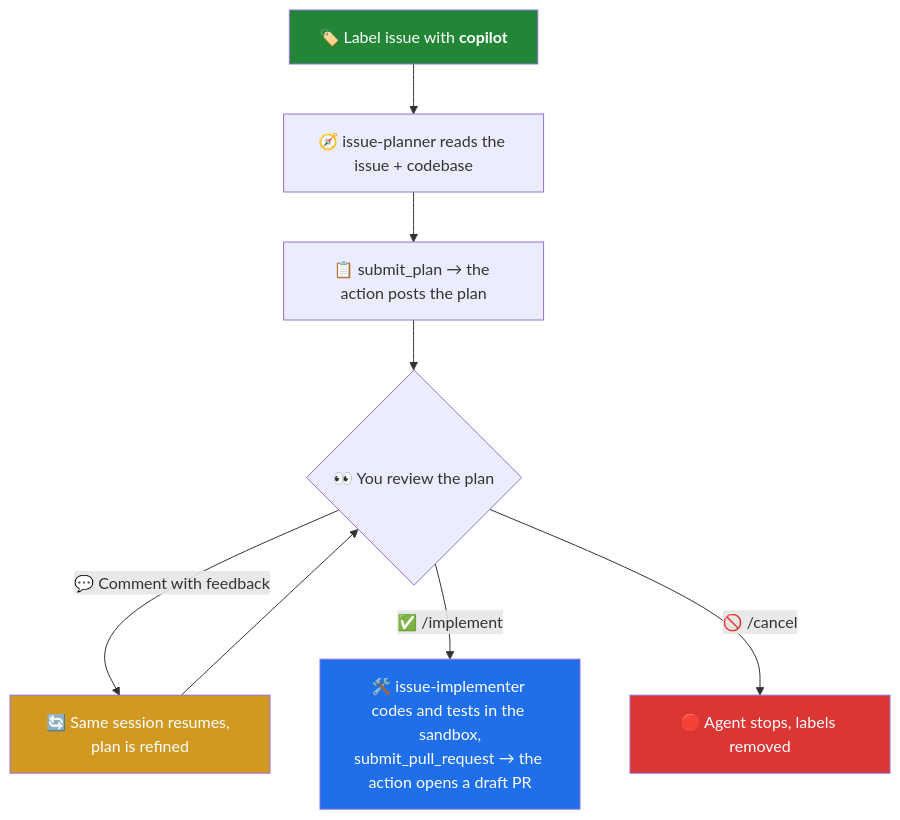
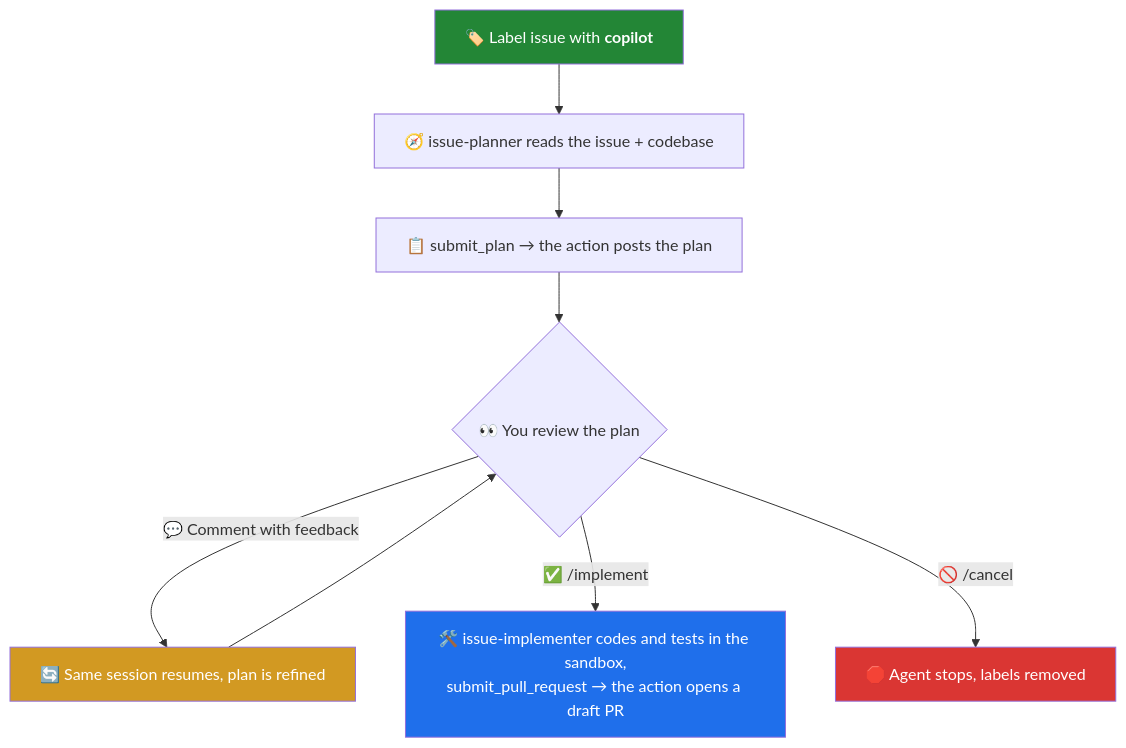
Before and after one commit to jeffrey-groneberg/issue-implementer: the second of 10 diagrams in README.md, drawn with Mermaid. The commit also changed other lines of this file, not shown here.

First line of the commit message:
docs: keep diagram labels on one line and compact tall diagrams

````diff
--- a/README.md
+++ b/README.md
@@ -90,15 +90,16 @@
 ```mermaid
+%%{init: {"flowchart": {"wrappingWidth": 320}}}%%
 flowchart TD
     A["🏷️ Label issue with <b>copilot</b>"] --> B["🧭 issue-planner reads the issue + codebase"]
     B --> C["📋 submit_plan → the action posts the plan"]
     C --> D{"👀 You review the plan"}
     D -->|"💬 Comment with feedback"| E["🔄 Same session resumes, plan is refined"]
     E --> D
     D -->|"✅ /implement"| F["🛠️ issue-implementer codes and tests in the sandbox,<br/>submit_pull_request → the action opens a draft PR"]
     D -->|"🚫 /cancel"| G["🛑 Agent stops, labels removed"]
 
     style A fill:#238636,color:#fff
     style F fill:#1f6feb,color:#fff
     style G fill:#da3633,color:#fff
     style E fill:#d29922,color:#fff
 ```
````
